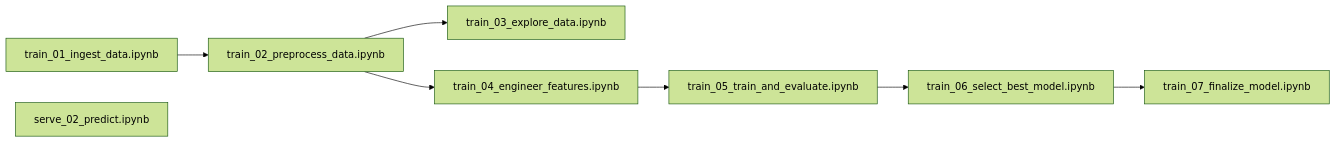
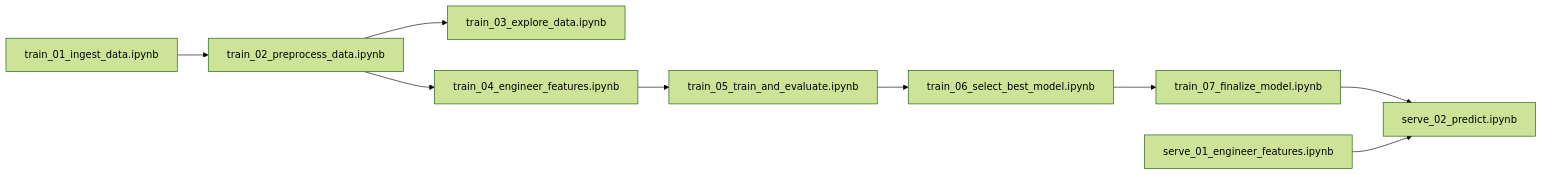
The diagram in README.md (olga-terekhova/home-co2-forecast), drawn with Mermaid (forest theme) before and after one commit. The commit also changed other lines of this file, not shown here.

Commit message:
Update README.md to reflect serve notebooks

````diff
--- a/README.md
+++ b/README.md
@@ -26,10 +27,11 @@
 ```mermaid
 flowchart LR;
     train_01_ingest_data.ipynb --> train_02_preprocess_data.ipynb;
     train_02_preprocess_data.ipynb --> train_03_explore_data.ipynb;
     train_02_preprocess_data.ipynb --> train_04_engineer_features.ipynb;
     train_04_engineer_features.ipynb --> train_05_train_and_evaluate.ipynb;
     train_05_train_and_evaluate.ipynb --> train_06_select_best_model.ipynb;
     train_06_select_best_model.ipynb --> train_07_finalize_model.ipynb;
-    serve_02_predict.ipynb;
+    train_07_finalize_model.ipynb --> serve_02_predict.ipynb;
+    serve_01_engineer_features.ipynb --> serve_02_predict.ipynb;
 ```
````
